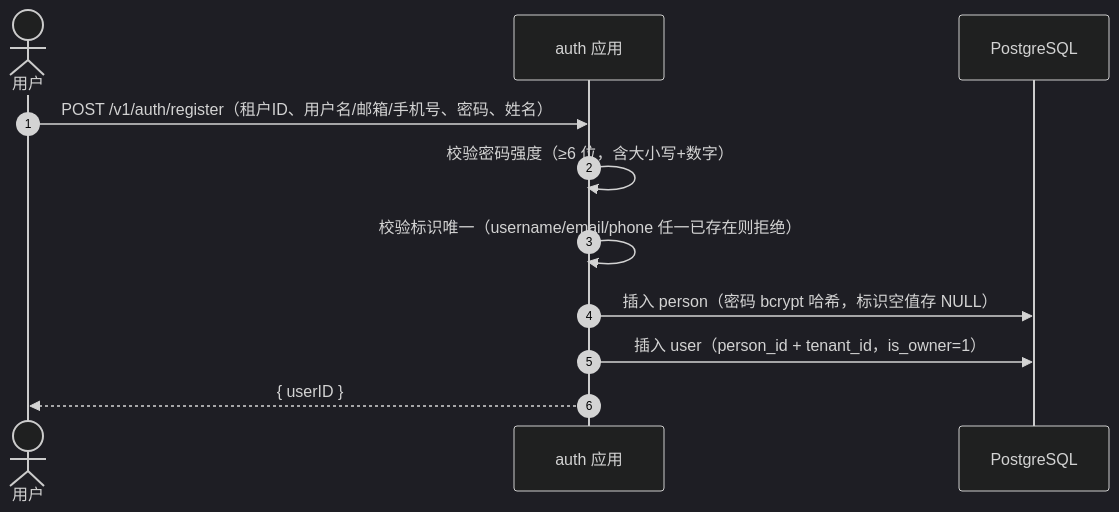
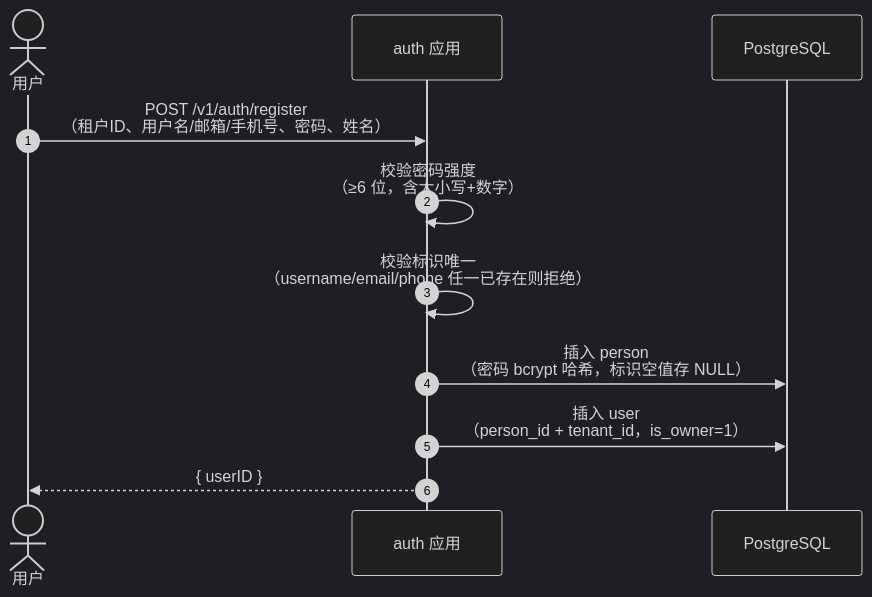
One commit to morehao/ark-iam changed the fourth of 13 diagrams in docs/design/system-design.md. Above: the diagram before and after it, drawn with Mermaid (dark theme). The commit also changed other lines of this file and 172 other files, not shown here.

````diff
--- a/docs/design/system-design.md
+++ b/docs/design/system-design.md
@@ -596,14 +564,14 @@
 ```mermaid
 sequenceDiagram
     autonumber
     actor U as 用户
     participant A as auth 应用
     participant DB as PostgreSQL
 
-    U->>A: POST /v1/auth/register（租户ID、用户名/邮箱/手机号、密码、姓名）
-    A->>A: 校验密码强度（≥6 位，含大小写+数字）
-    A->>A: 校验标识唯一（username/email/phone 任一已存在则拒绝）
-    A->>DB: 插入 person（密码 bcrypt 哈希，标识空值存 NULL）
-    A->>DB: 插入 user（person_id + tenant_id，is_owner=1）
+    U->>A: POST /v1/auth/register<br/>（租户ID、用户名/邮箱/手机号、密码、姓名）
+    A->>A: 校验密码强度<br/>（≥6 位，含大小写+数字）
+    A->>A: 校验标识唯一<br/>（username/email/phone 任一已存在则拒绝）
+    A->>DB: 插入 person<br/>（密码 bcrypt 哈希，标识空值存 NULL）
+    A->>DB: 插入 user<br/>（person_id + tenant_id，is_owner=1）
     A-->>U: { userID }
 ```
````
